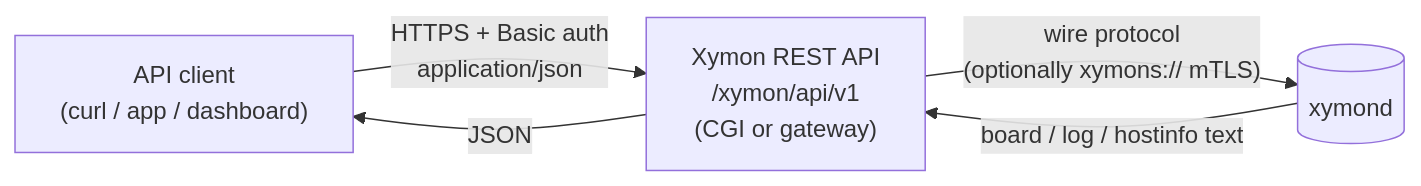
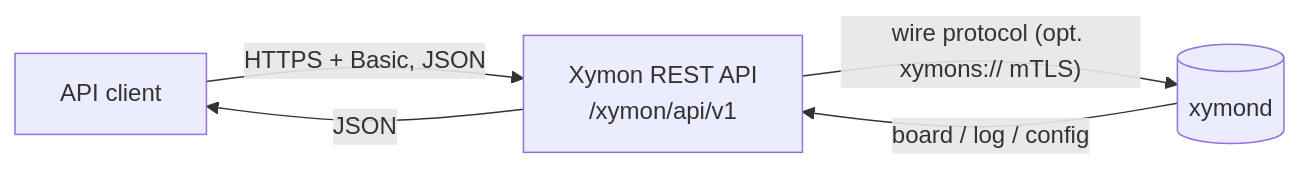
The first of 2 diagrams in docs/api/STRUCTURE.md (bonomani/xymon), drawn with Mermaid before and after one commit. The commit also changed other lines of this file and 2 other files, not shown here.

First line of the commit message:
docs(api): rebuild spec + structure + design on the 01-MODEL design

````diff
--- a/docs/api/STRUCTURE.md
+++ b/docs/api/STRUCTURE.md
@@ -15,10 +14,10 @@
 ```mermaid
 flowchart LR
-    C["API client<br/>(curl / app / dashboard)"]
-    A["Xymon REST API<br/>/xymon/api/v1<br/>(CGI or gateway)"]
+    C["API client"]
+    A["Xymon REST API<br/>/xymon/api/v1"]
     X[("xymond")]
-    C -- "HTTPS + Basic auth<br/>application/json" --> A
-    A -- "wire protocol<br/>(optionally xymons:// mTLS)" --> X
-    X -- "board / log / hostinfo text" --> A
+    C -- "HTTPS + Basic, JSON" --> A
+    A -- "wire protocol (opt. xymons:// mTLS)" --> X
+    X -- "board / log / config" --> A
     A -- "JSON" --> C
 ```
````
